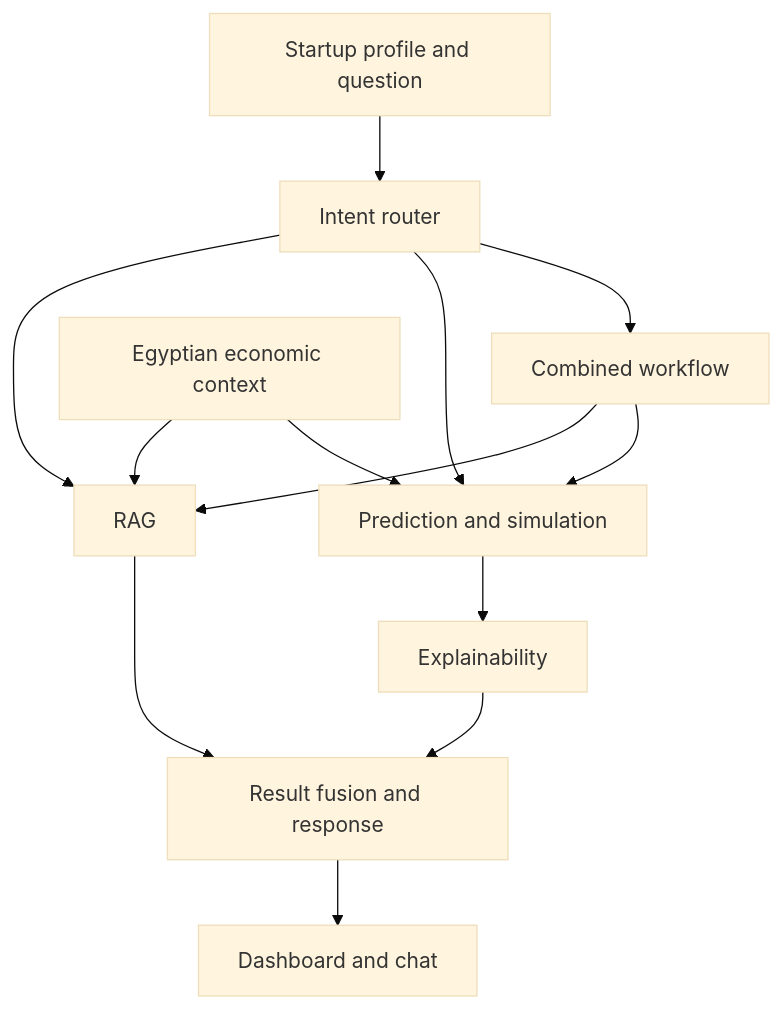
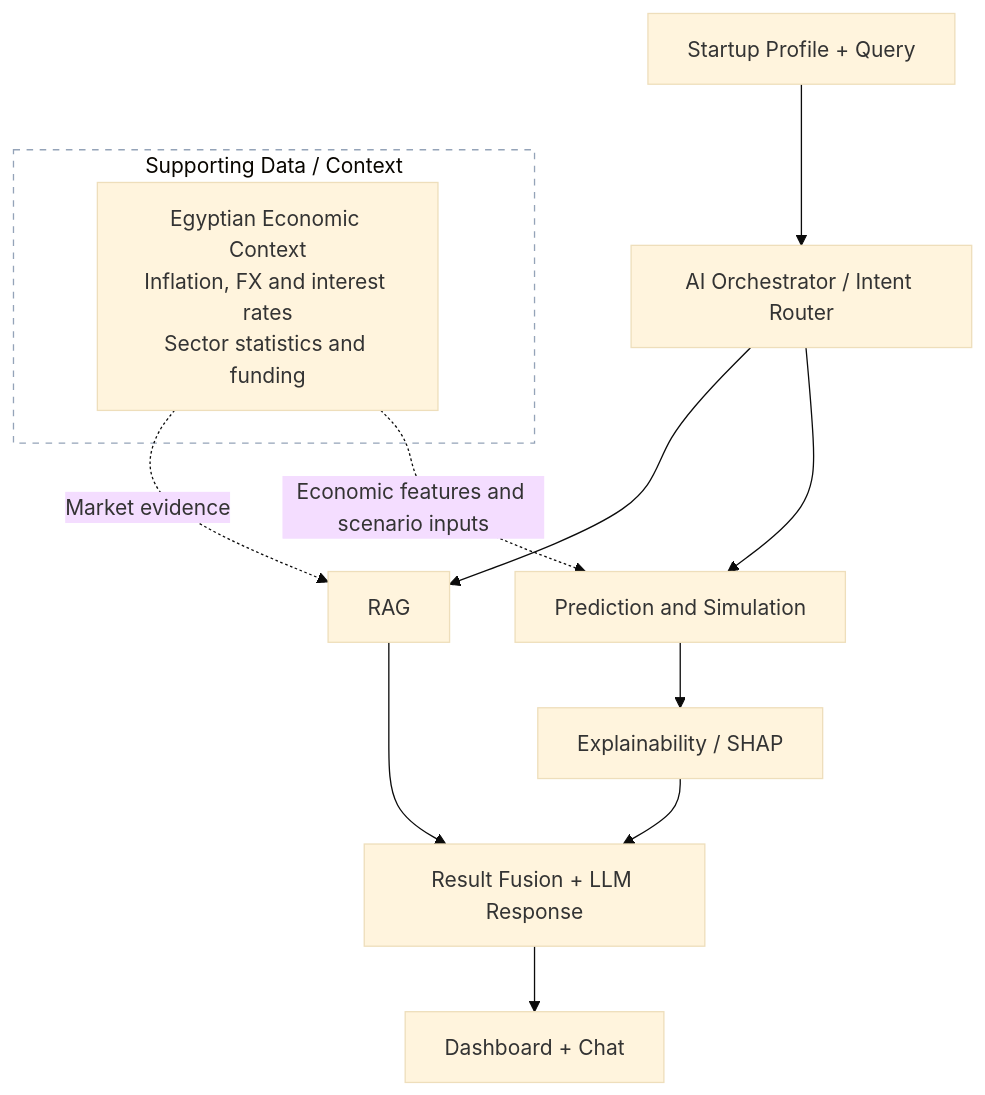
The diagram in README.md (Abdelrhman-Ameen/egyptian-startup-intelligence-system), drawn with Mermaid (base theme) before and after one commit. The commit also changed other lines of this file, not shown here.

Commit message:
docs: clarify orchestration and supporting context in architecture

````diff
--- a/README.md
+++ b/README.md
@@ -25,15 +26,17 @@
 ```mermaid
 flowchart TD
-    A[Startup profile and question] --> B[Intent router]
+    A[Startup Profile + Query] --> B[AI Orchestrator / Intent Router]
     B --> C[RAG]
-    B --> D[Prediction and simulation]
-    B --> E[Combined workflow]
-    E --> C
-    E --> D
-    F[Egyptian economic context] --> C
-    F --> D
-    D --> G[Explainability]
-    C --> H[Result fusion and response]
+    B --> D[Prediction and Simulation]
+    D --> G[Explainability / SHAP]
+    C --> H[Result Fusion + LLM Response]
     G --> H
-    H --> I[Dashboard and chat]
+    H --> I[Dashboard + Chat]
+
+    subgraph SUPPORT[Supporting Data / Context]
+        F["Egyptian Economic Context<br/>Inflation, FX and interest rates<br/>Sector statistics and funding"]
+    end
+    F -.->|Market evidence| C
+    F -.->|Economic features and scenario inputs| D
+    style SUPPORT fill:transparent,stroke:#94a3b8,stroke-dasharray:5 5
 ```
````
